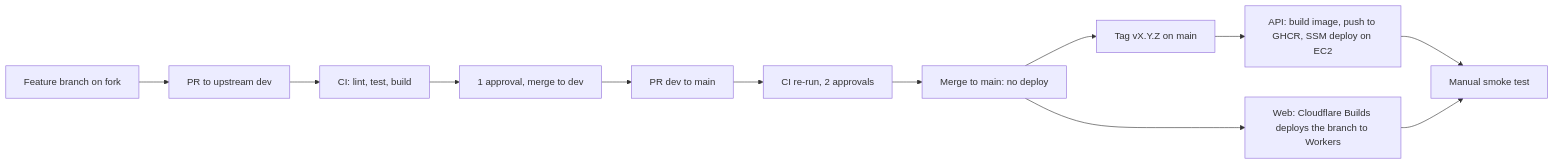
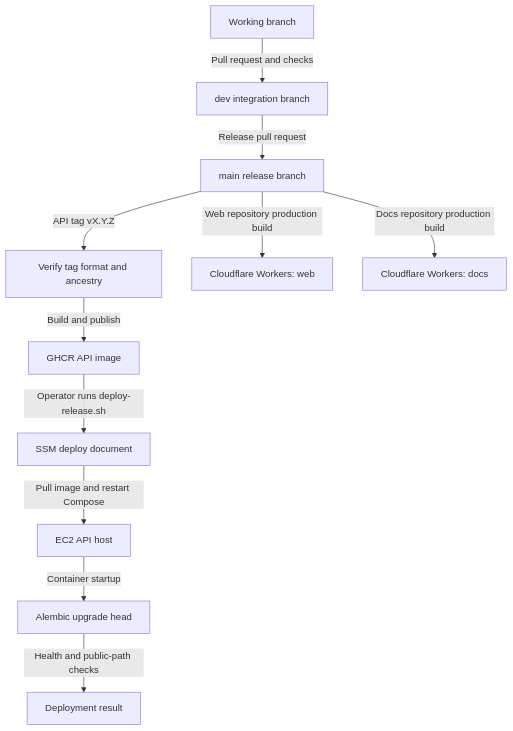
Before and after one commit to alonsovndev/open-projects-hub-docs: the diagram in docs/03-architecture/ops/ci-cd-pipeline.md, drawn with Mermaid. The commit also changed other lines of this file and 63 other files, not shown here.

````diff
--- a/docs/03-architecture/ops/ci-cd-pipeline.md
+++ b/docs/03-architecture/ops/ci-cd-pipeline.md
@@ -255,14 +28,13 @@
 ```mermaid
-flowchart LR
-    A[Feature branch on fork] --> B[PR to upstream dev]
-    B --> C[CI: lint, test, build]
-    C --> D[1 approval, merge to dev]
-    D --> E[PR dev to main]
-    E --> F[CI re-run, 2 approvals]
-    F --> G[Merge to main: no deploy]
-    G --> H[Tag vX.Y.Z on main]
-    H --> I[API: build image, push to GHCR, SSM deploy on EC2]
-    G --> J[Web: Cloudflare Builds deploys the branch to Workers]
-    I --> K[Manual smoke test]
-    J --> K
+flowchart TB
+    branch[Working branch] -->|Pull request and checks| dev[dev integration branch]
+    dev -->|Release pull request| main[main release branch]
+    main -->|API tag vX.Y.Z| verify[Verify tag format and ancestry]
+    verify -->|Build and publish| registry[GHCR API image]
+    registry -->|Operator runs deploy-release.sh| ssm[SSM deploy document]
+    ssm -->|Pull image and restart Compose| host[EC2 API host]
+    host -->|Container startup| migration[Alembic upgrade head]
+    migration -->|Health and public-path checks| check[Deployment result]
+    main -->|Web repository production build| web[Cloudflare Workers: web]
+    main -->|Docs repository production build| docs[Cloudflare Workers: docs]
 ```
````
